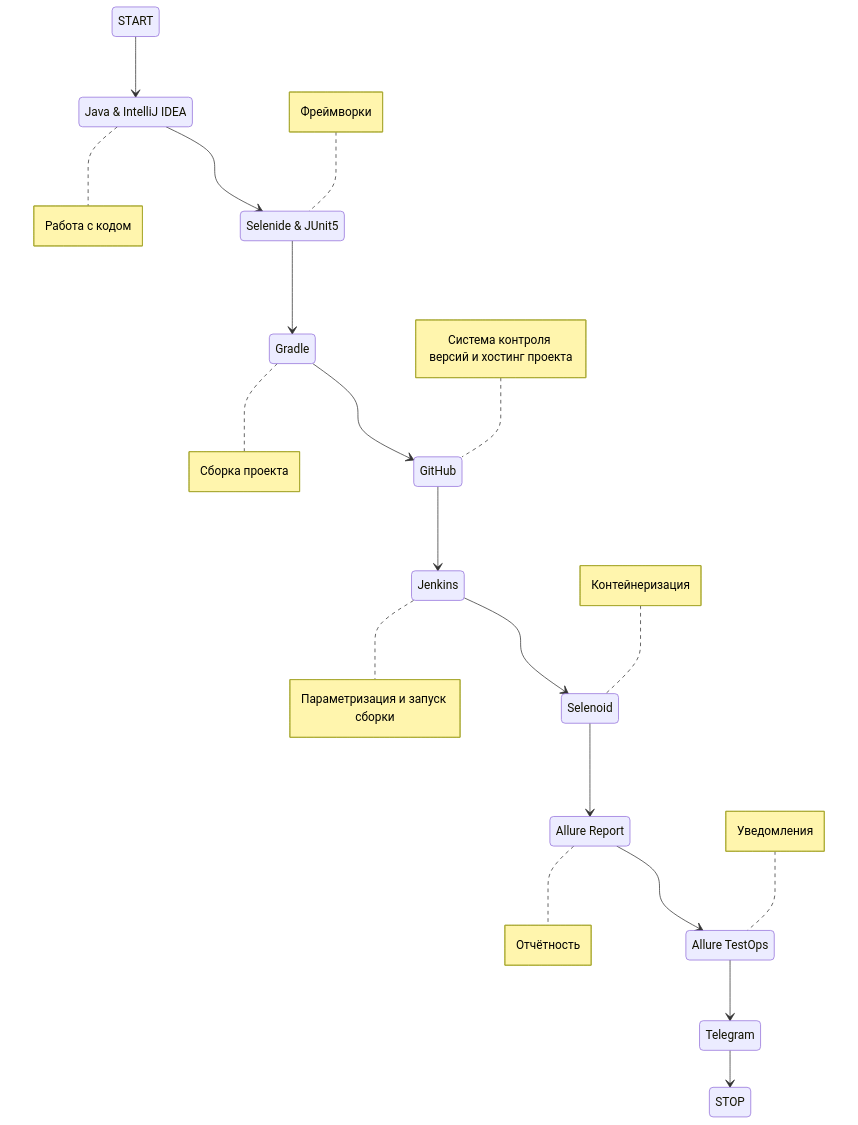
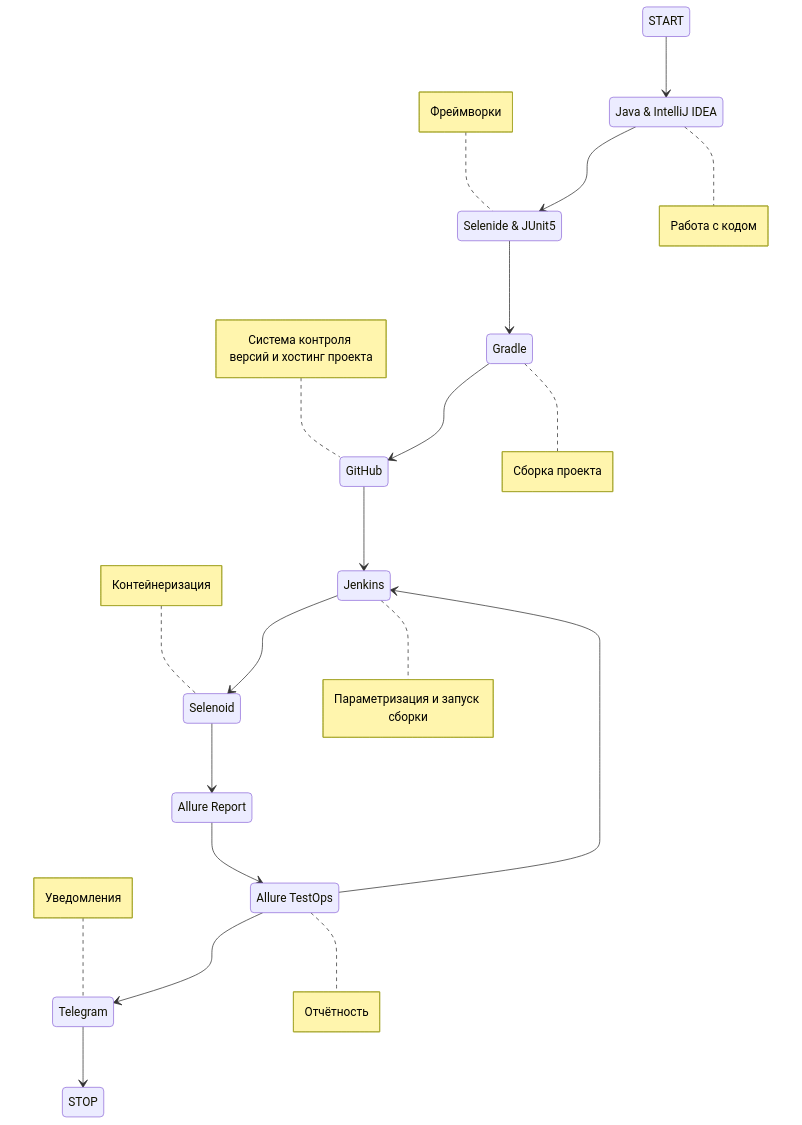
One commit to ddmitrishin/ui_diploma changed the diagram in README.md. Above: the diagram before and after it, drawn with Mermaid.

Commit message:
refactor readmy

````diff
--- a/README.md
+++ b/README.md
@@ -47,32 +47,33 @@
 ```mermaid        
     stateDiagram-v2
         State1: START
         State2: Java & IntelliJ IDEA
         State3: Selenide & JUnit5
         State4: Gradle
         State5: GitHub
         State6: Jenkins
         State7: Selenoid
         State8: Allure Report
         State9: Allure TestOps
         State10: Telegram
         State11: STOP
         State1 --> State2
         State2 --> State3
         State3 --> State4
         State4 --> State5
         State5 --> State6
         State6 --> State7
         State7 --> State8
         State8 --> State9
         State9 --> State10
         State10 --> State11
+        State9 --> State6
         note right of State2 : Работа с кодом
         note left of State3 : Фреймворки
         note right of State4 : Сборка проекта
         note left of State5 : Система контроля версий и хостинг проекта
         note right of State6 : Параметризация и запуск сборки
         note left of State7 : Контейнеризация
-        note right of State8 : Отчётность
-        note left of State9 : Уведомления
+        note right of State9 : Отчётность
+        note left of State10 : Уведомления
 ```
````
